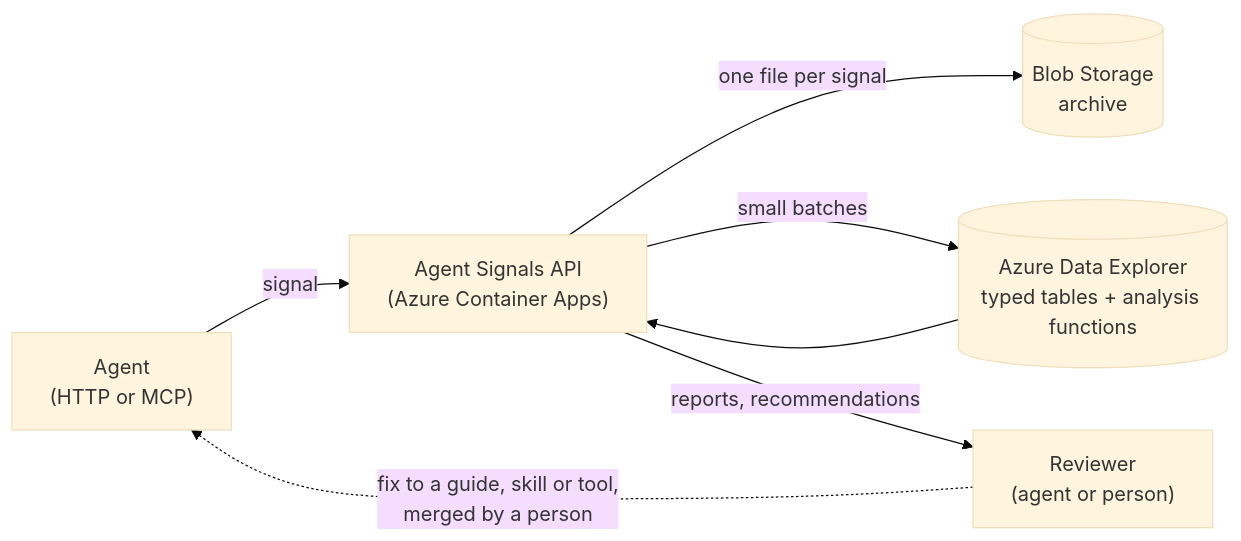
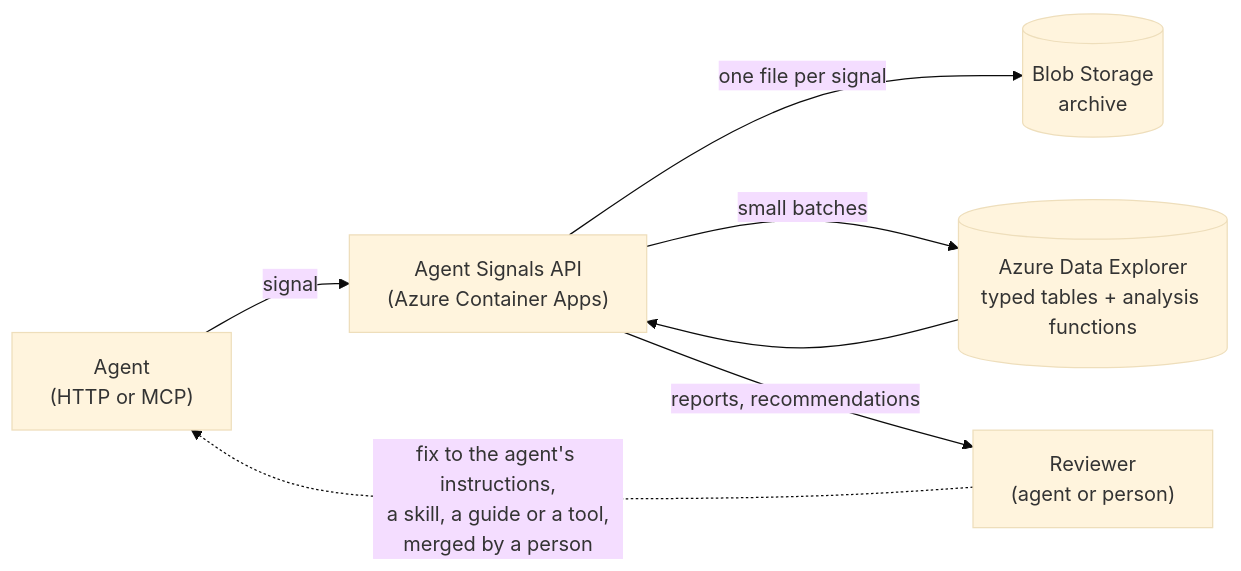
Before and after one commit to jmprieur/agent-signals-service: the diagram in README.md, drawn with Mermaid (base theme). The commit also changed 1 other file, not shown here.

Commit message:
Show the agent's own instructions as a place a fix can land

````diff
--- a/README.md
+++ b/README.md
@@ -40,9 +40,9 @@
 ```mermaid
 flowchart LR
     Agent["Agent<br/>(HTTP or MCP)"] -->|signal| API["Agent Signals API<br/>(Azure Container Apps)"]
     API -->|"one file per signal"| Blob[("Blob Storage<br/>archive")]
     API -->|"small batches"| Kusto[("Azure Data Explorer<br/>typed tables + analysis functions")]
     Kusto --> API
     API -->|reports, recommendations| Reviewer["Reviewer<br/>(agent or person)"]
-    Reviewer -.->|"fix to a guide, skill or tool,<br/>merged by a person"| Agent
+    Reviewer -.->|"fix to the agent's instructions,<br/>a skill, a guide or a tool,<br/>merged by a person"| Agent
 ```
````
